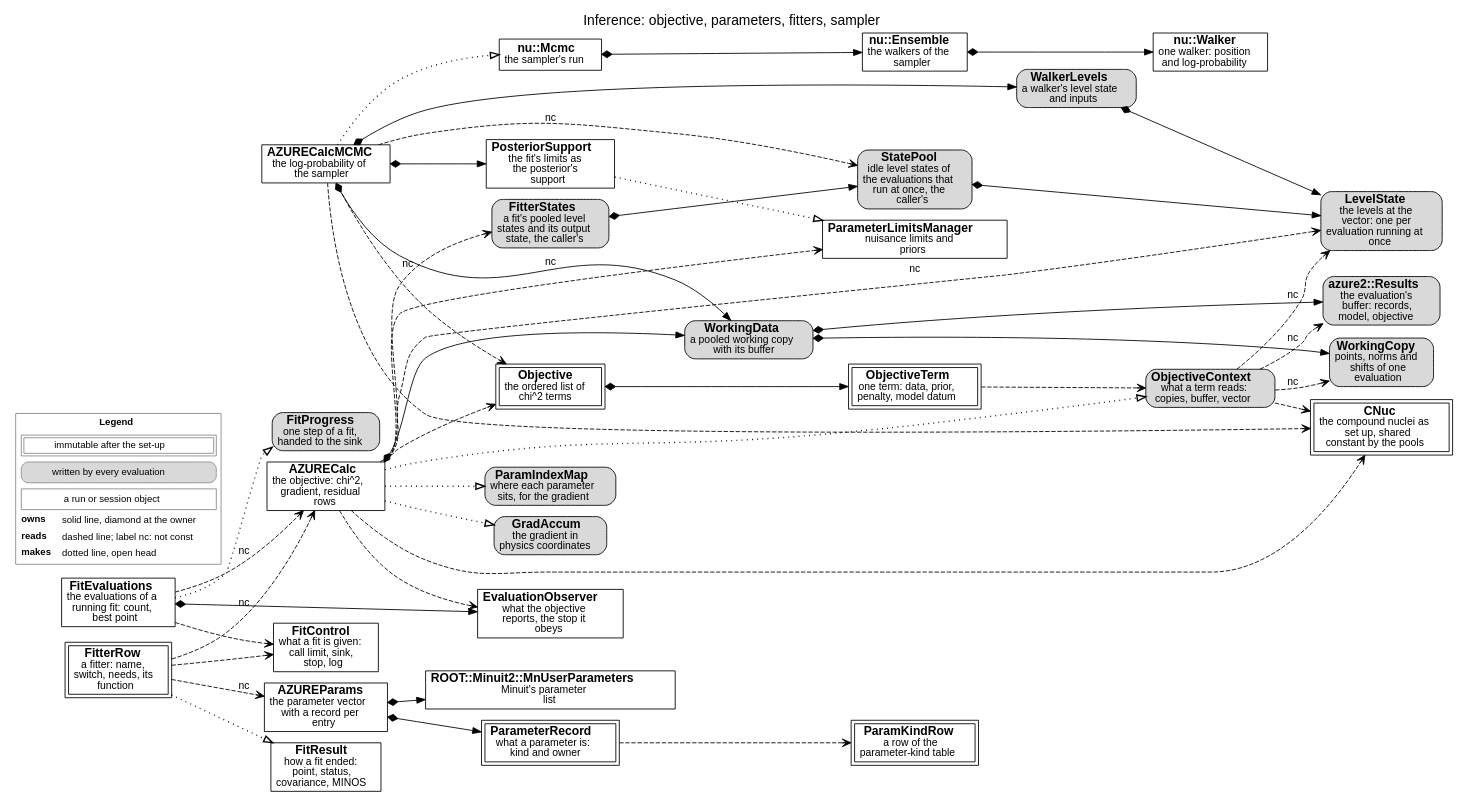
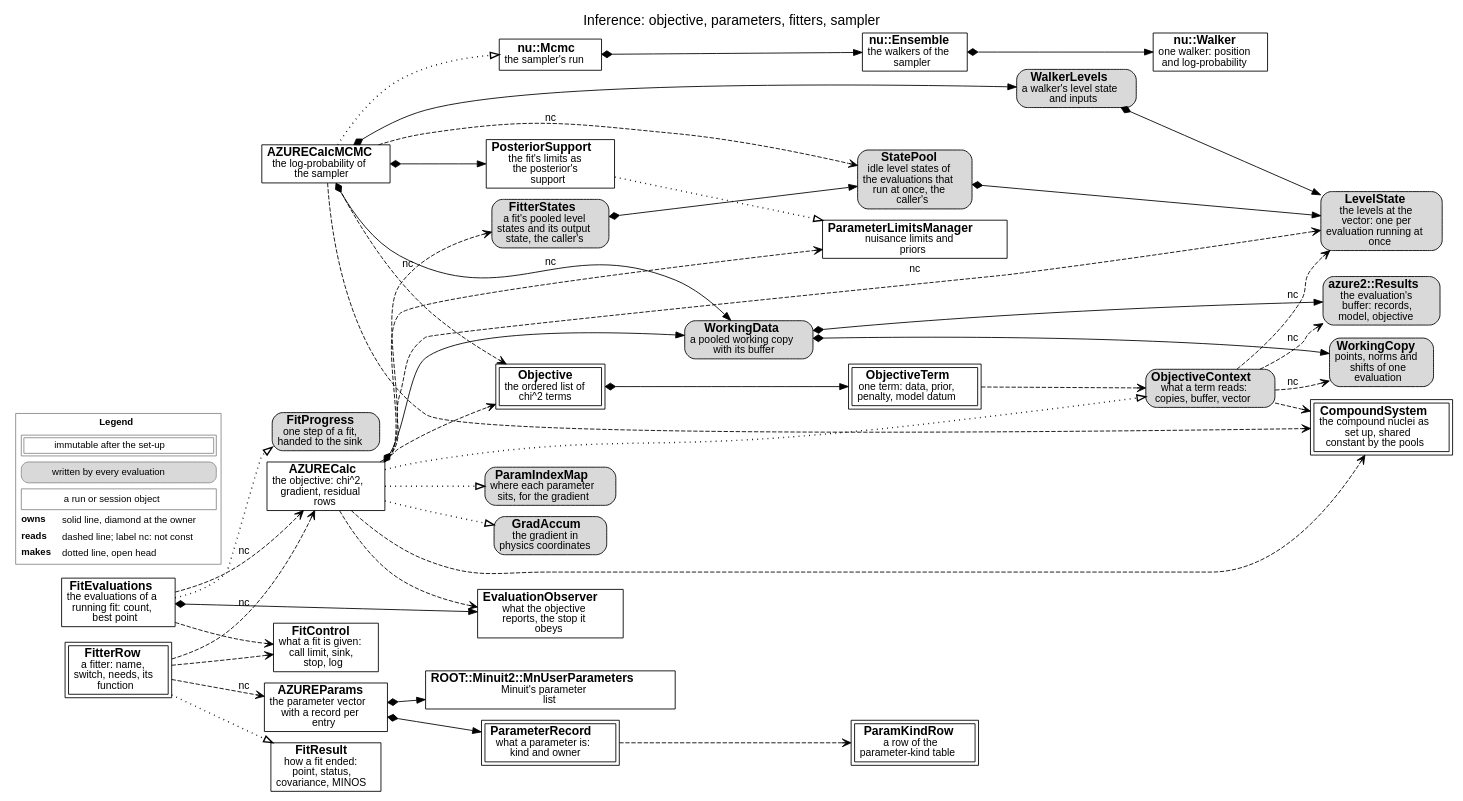
One commit to AZURE2DEV/AZURE2 changed the diagram in docs/source/developer/figures/inference.dot. Above: the diagram before and after it, drawn with Graphviz. The commit also changed 209 other files, not shown here.

```diff
--- a/docs/source/developer/figures/inference.dot
+++ b/docs/source/developer/figures/inference.dot
@@ -1,78 +1,78 @@
 digraph inference {
   graph [rankdir=LR, fontname="Helvetica", fontsize=16, labelloc=t, label="Inference: objective, parameters, fitters, sampler", nodesep=0.18, ranksep=0.3, newrank=true];
   node [fontname="Helvetica", fontsize=14, margin="0.08,0.04"];
   edge [fontname="Helvetica", fontsize=12];
   n_AZURECalc [label=<<b>AZURECalc</b><br/><font point-size="12">the objective: chi^2,<br/>gradient, residual<br/>rows</font>>, shape=box, style="filled", fillcolor="white"];
   n_WorkingData [label=<<b>WorkingData</b><br/><font point-size="12">a pooled working copy<br/>with its buffer</font>>, shape=box, style="rounded,filled", fillcolor="#d9d9d9"];
-  n_CNuc [label=<<b>CNuc</b><br/><font point-size="12">the compound nuclei as<br/>set up, shared<br/>constant by the pools</font>>, shape=box, peripheries=2, style="filled", fillcolor="white"];
+  n_CompoundSystem [label=<<b>CompoundSystem</b><br/><font point-size="12">the compound nuclei as<br/>set up, shared<br/>constant by the pools</font>>, shape=box, peripheries=2, style="filled", fillcolor="white"];
   n_LevelState [label=<<b>LevelState</b><br/><font point-size="12">the levels at the<br/>vector: one per<br/>evaluation running at<br/>once</font>>, shape=box, style="rounded,filled", fillcolor="#d9d9d9"];
   n_StatePool [label=<<b>StatePool</b><br/><font point-size="12">idle level states of<br/>the evaluations that<br/>run at once, the<br/>caller&#x27;s</font>>, shape=box, style="rounded,filled", fillcolor="#d9d9d9"];
   n_FitterStates [label=<<b>FitterStates</b><br/><font point-size="12">a fit&#x27;s pooled level<br/>states and its output<br/>state, the caller&#x27;s</font>>, shape=box, style="rounded,filled", fillcolor="#d9d9d9"];
   n_WalkerLevels [label=<<b>WalkerLevels</b><br/><font point-size="12">a walker&#x27;s level state<br/>and inputs</font>>, shape=box, style="rounded,filled", fillcolor="#d9d9d9"];
   n_WorkingCopy [label=<<b>WorkingCopy</b><br/><font point-size="12">points, norms and<br/>shifts of one<br/>evaluation</font>>, shape=box, style="rounded,filled", fillcolor="#d9d9d9"];
   n_azure2__Results [label=<<b>azure2::Results</b><br/><font point-size="12">the evaluation&#x27;s<br/>buffer: records,<br/>model, objective</font>>, shape=box, style="rounded,filled", fillcolor="#d9d9d9"];
   n_ObjectiveContext [label=<<b>ObjectiveContext</b><br/><font point-size="12">what a term reads:<br/>copies, buffer, vector</font>>, shape=box, style="rounded,filled", fillcolor="#d9d9d9"];
   n_Objective [label=<<b>Objective</b><br/><font point-size="12">the ordered list of<br/>chi^2 terms</font>>, shape=box, peripheries=2, style="filled", fillcolor="white"];
   n_ObjectiveTerm [label=<<b>ObjectiveTerm</b><br/><font point-size="12">one term: data, prior,<br/>penalty, model datum</font>>, shape=box, peripheries=2, style="filled", fillcolor="white"];
   n_AZUREParams [label=<<b>AZUREParams</b><br/><font point-size="12">the parameter vector<br/>with a record per<br/>entry</font>>, shape=box, style="filled", fillcolor="white"];
   n_ROOT__Minuit2__MnUserParameters [label=<<b>ROOT::Minuit2::MnUserParameters</b><br/><font point-size="12">Minuit&#x27;s parameter<br/>list</font>>, shape=box, style="filled", fillcolor="white"];
   n_ParameterRecord [label=<<b>ParameterRecord</b><br/><font point-size="12">what a parameter is:<br/>kind and owner</font>>, shape=box, peripheries=2, style="filled", fillcolor="white"];
   n_ParamKindRow [label=<<b>ParamKindRow</b><br/><font point-size="12">a row of the<br/>parameter-kind table</font>>, shape=box, peripheries=2, style="filled", fillcolor="white"];
   n_ParamIndexMap [label=<<b>ParamIndexMap</b><br/><font point-size="12">where each parameter<br/>sits, for the gradient</font>>, shape=box, style="rounded,filled", fillcolor="#d9d9d9"];
   n_GradAccum [label=<<b>GradAccum</b><br/><font point-size="12">the gradient in<br/>physics coordinates</font>>, shape=box, style="rounded,filled", fillcolor="#d9d9d9"];
   n_ParameterLimitsManager [label=<<b>ParameterLimitsManager</b><br/><font point-size="12">nuisance limits and<br/>priors</font>>, shape=box, style="filled", fillcolor="white"];
   n_FitterRow [label=<<b>FitterRow</b><br/><font point-size="12">a fitter: name,<br/>switch, needs, its<br/>function</font>>, shape=box, peripheries=2, style="filled", fillcolor="white"];
   n_FitControl [label=<<b>FitControl</b><br/><font point-size="12">what a fit is given:<br/>call limit, sink,<br/>stop, log</font>>, shape=box, style="filled", fillcolor="white"];
   n_FitResult [label=<<b>FitResult</b><br/><font point-size="12">how a fit ended:<br/>point, status,<br/>covariance, MINOS</font>>, shape=box, style="filled", fillcolor="white"];
   n_FitProgress [label=<<b>FitProgress</b><br/><font point-size="12">one step of a fit,<br/>handed to the sink</font>>, shape=box, style="rounded,filled", fillcolor="#d9d9d9"];
   n_EvaluationObserver [label=<<b>EvaluationObserver</b><br/><font point-size="12">what the objective<br/>reports, the stop it<br/>obeys</font>>, shape=box, style="filled", fillcolor="white"];
   n_FitEvaluations [label=<<b>FitEvaluations</b><br/><font point-size="12">the evaluations of a<br/>running fit: count,<br/>best point</font>>, shape=box, style="filled", fillcolor="white"];
   n_AZURECalcMCMC [label=<<b>AZURECalcMCMC</b><br/><font point-size="12">the log-probability of<br/>the sampler</font>>, shape=box, style="filled", fillcolor="white"];
   n_PosteriorSupport [label=<<b>PosteriorSupport</b><br/><font point-size="12">the fit&#x27;s limits as<br/>the posterior&#x27;s<br/>support</font>>, shape=box, style="filled", fillcolor="white"];
   n_nu__Mcmc [label=<<b>nu::Mcmc</b><br/><font point-size="12">the sampler&#x27;s run</font>>, shape=box, style="filled", fillcolor="white"];
   n_nu__Ensemble [label=<<b>nu::Ensemble</b><br/><font point-size="12">the walkers of the<br/>sampler</font>>, shape=box, style="filled", fillcolor="white"];
   n_nu__Walker [label=<<b>nu::Walker</b><br/><font point-size="12">one walker: position<br/>and log-probability</font>>, shape=box, style="filled", fillcolor="white"];
   n_AZURECalc -> n_WorkingData [style=solid, dir=both, arrowtail=diamond, arrowhead=normal];
-  n_AZURECalc -> n_CNuc [style=dashed, arrowhead=vee];
+  n_AZURECalc -> n_CompoundSystem [style=dashed, arrowhead=vee];
   n_AZURECalc -> n_FitterStates [style=dashed, arrowhead=vee, label=" nc"];
   n_AZURECalc -> n_LevelState [style=dashed, arrowhead=vee, label=" nc"];
   n_FitterStates -> n_StatePool [style=solid, dir=both, arrowtail=diamond, arrowhead=normal];
   n_StatePool -> n_LevelState [style=solid, dir=both, arrowtail=diamond, arrowhead=normal];
   n_WorkingData -> n_WorkingCopy [style=solid, dir=both, arrowtail=diamond, arrowhead=normal];
   n_WorkingData -> n_azure2__Results [style=solid, dir=both, arrowtail=diamond, arrowhead=normal];
   n_AZURECalc -> n_ObjectiveContext [style=dotted, penwidth=1.6, arrowhead=empty];
-  n_ObjectiveContext -> n_CNuc [style=dashed, arrowhead=vee];
+  n_ObjectiveContext -> n_CompoundSystem [style=dashed, arrowhead=vee];
   n_ObjectiveContext -> n_LevelState [style=dashed, arrowhead=vee, label=" nc"];
   n_ObjectiveContext -> n_WorkingCopy [style=dashed, arrowhead=vee, label=" nc"];
   n_ObjectiveContext -> n_azure2__Results [style=dashed, arrowhead=vee, label=" nc"];
   n_Objective -> n_ObjectiveTerm [style=solid, dir=both, arrowtail=diamond, arrowhead=normal];
   n_ObjectiveTerm -> n_ObjectiveContext [style=dashed, arrowhead=vee];
   n_AZURECalc -> n_ParameterLimitsManager [style=dashed, arrowhead=vee, label=" nc"];
   n_AZUREParams -> n_ROOT__Minuit2__MnUserParameters [style=solid, dir=both, arrowtail=diamond, arrowhead=normal];
   n_AZUREParams -> n_ParameterRecord [style=solid, dir=both, arrowtail=diamond, arrowhead=normal];
   n_ParameterRecord -> n_ParamKindRow [style=dashed, arrowhead=vee];
   n_AZURECalc -> n_ParamIndexMap [style=dotted, penwidth=1.6, arrowhead=empty];
   n_AZURECalc -> n_GradAccum [style=dotted, penwidth=1.6, arrowhead=empty];
   n_AZURECalcMCMC -> n_WorkingData [style=solid, dir=both, arrowtail=diamond, arrowhead=normal];
-  n_AZURECalcMCMC -> n_CNuc [style=dashed, arrowhead=vee];
+  n_AZURECalcMCMC -> n_CompoundSystem [style=dashed, arrowhead=vee];
   n_AZURECalcMCMC -> n_WalkerLevels [style=solid, dir=both, arrowtail=diamond, arrowhead=normal];
   n_AZURECalcMCMC -> n_StatePool [style=dashed, arrowhead=vee, label=" nc"];
   n_WalkerLevels -> n_LevelState [style=solid, dir=both, arrowtail=diamond, arrowhead=normal];
   n_AZURECalcMCMC -> n_PosteriorSupport [style=solid, dir=both, arrowtail=diamond, arrowhead=normal];
   n_PosteriorSupport -> n_ParameterLimitsManager [style=dotted, penwidth=1.6, arrowhead=empty];
   n_nu__Mcmc -> n_nu__Ensemble [style=solid, dir=both, arrowtail=diamond, arrowhead=normal];
   n_nu__Ensemble -> n_nu__Walker [style=solid, dir=both, arrowtail=diamond, arrowhead=normal];
   n_AZURECalc -> n_Objective [style=dashed, arrowhead=vee];
   n_FitterRow -> n_AZUREParams [style=dashed, arrowhead=vee, label=" nc"];
   n_FitterRow -> n_AZURECalc [style=dashed, arrowhead=vee, label=" nc"];
   n_FitterRow -> n_FitControl [style=dashed, arrowhead=vee];
   n_FitterRow -> n_FitResult [style=dotted, penwidth=1.6, arrowhead=empty];
   n_FitEvaluations -> n_AZURECalc [style=dashed, arrowhead=vee, label=" nc"];
   n_FitEvaluations -> n_EvaluationObserver [style=solid, dir=both, arrowtail=diamond, arrowhead=normal];
   n_FitEvaluations -> n_FitControl [style=dashed, arrowhead=vee];
   n_FitEvaluations -> n_FitProgress [style=dotted, penwidth=1.6, arrowhead=empty];
   n_AZURECalc -> n_EvaluationObserver [style=dashed, arrowhead=vee];
   n_AZURECalcMCMC -> n_nu__Mcmc [style=dotted, penwidth=1.6, arrowhead=empty];
   n_AZURECalcMCMC -> n_Objective [style=dashed, arrowhead=vee];
   legend [shape=plaintext, fontsize=11, label=<<TABLE BORDER="1" CELLBORDER="0" CELLSPACING="3" COLOR="#888888"><TR><TD COLSPAN="2"><B>Legend</B></TD></TR><TR><TD COLSPAN="2"><TABLE BORDER="1" CELLBORDER="1" CELLSPACING="2" CELLPADDING="2"><TR><TD>immutable after the set-up</TD></TR></TABLE></TD></TR><TR><TD COLSPAN="2"><TABLE BORDER="1" CELLBORDER="0" CELLPADDING="3" STYLE="rounded" BGCOLOR="#d9d9d9"><TR><TD>written by every evaluation</TD></TR></TABLE></TD></TR><TR><TD COLSPAN="2"><TABLE BORDER="1" CELLBORDER="0" CELLPADDING="3" ><TR><TD>a run or session object</TD></TR></TABLE></TD></TR><TR><TD ALIGN="LEFT"><B>owns</B></TD><TD ALIGN="LEFT">solid line, diamond at the owner</TD></TR><TR><TD ALIGN="LEFT"><B>reads</B></TD><TD ALIGN="LEFT">dashed line; label nc: not const</TD></TR><TR><TD ALIGN="LEFT"><B>makes</B></TD><TD ALIGN="LEFT">dotted line, open head</TD></TR></TABLE>>];
 }
```
